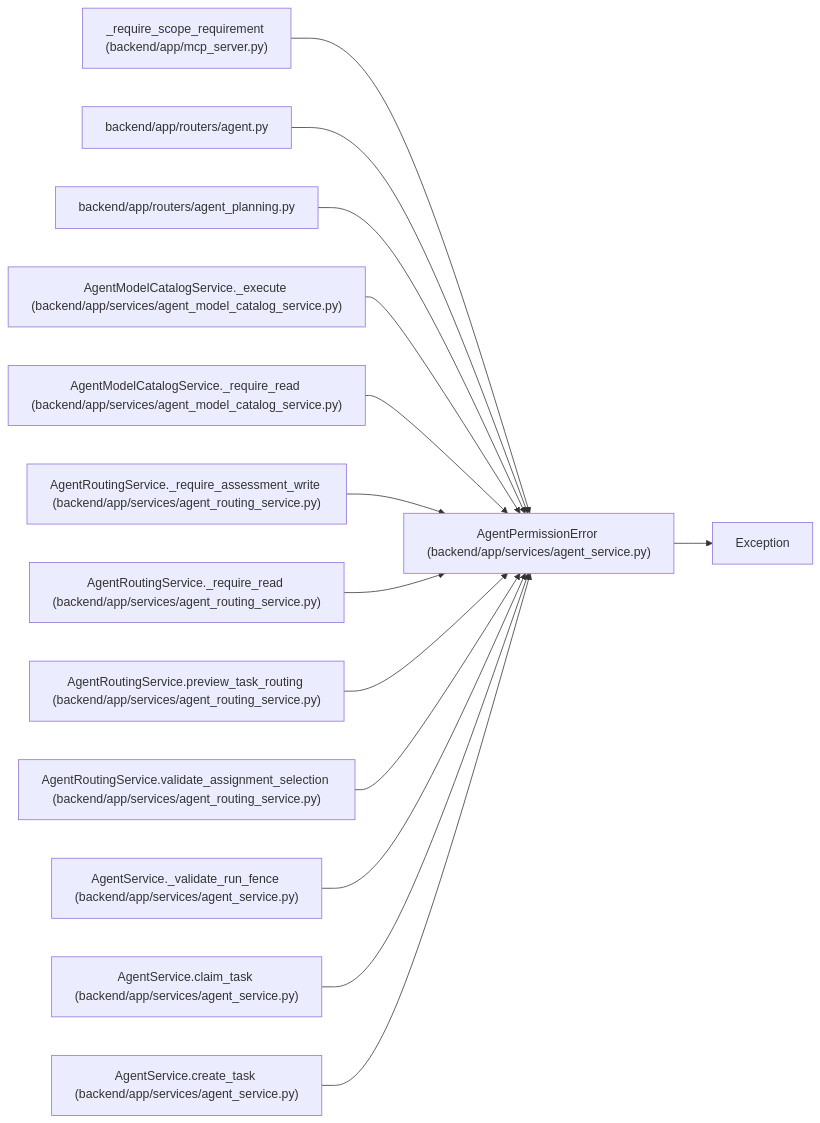
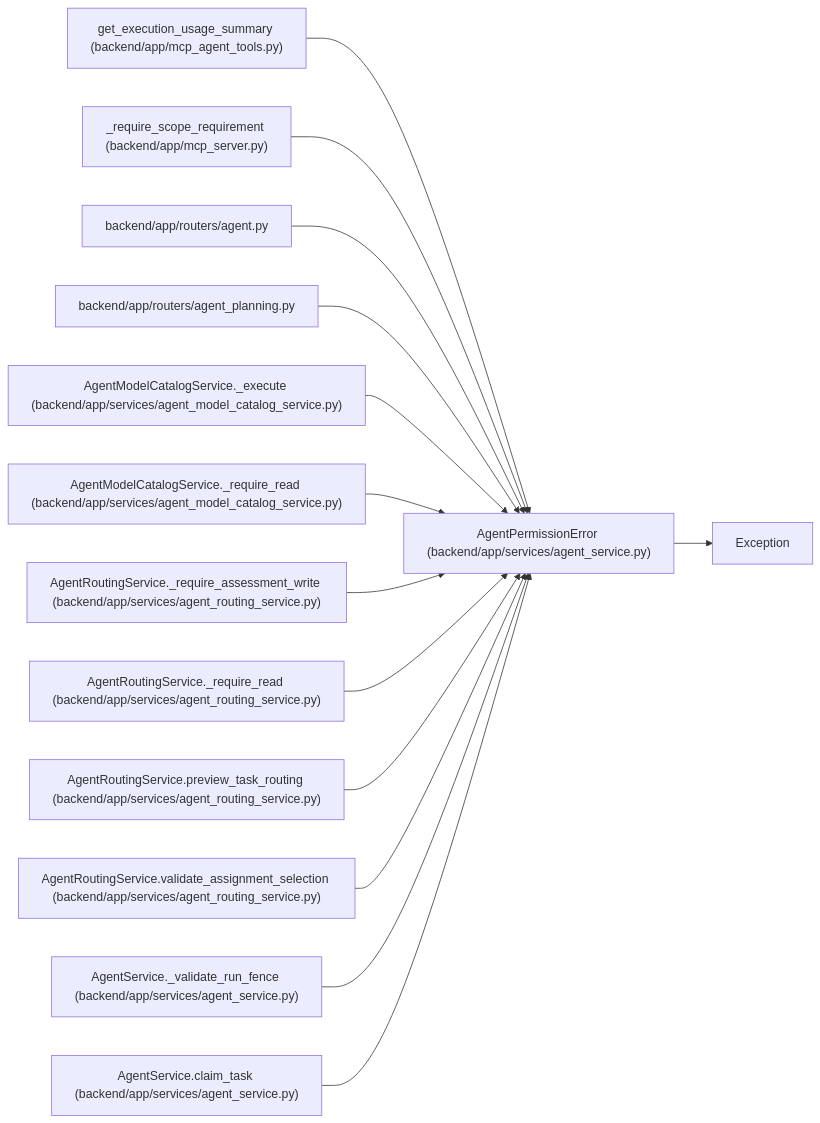
One commit to Denissvgn/WorkChord changed the diagram in docs/llm_wiki/entities/AgentPermissionError.md. Above: the diagram before and after it, drawn with Mermaid. The commit also changed other lines of this file and 6624 other files, not shown here.

First line of the commit message:
Add verified Android workflows and external-agent execution evidence (#8)

````diff
--- a/docs/llm_wiki/entities/AgentPermissionError.md
+++ b/docs/llm_wiki/entities/AgentPermissionError.md
@@ -23,43 +23,43 @@
 ```mermaid
 flowchart LR
     n0["AgentPermissionError (backend/app/services/agent_service.py)"]
     n1["Exception"]
-    n2["_require_scope_requirement (backend/app/mcp_server.py)"]
-    n3["backend/app/routers/agent.py"]
-    n4["backend/app/routers/agent_planning.py"]
-    n5["AgentModelCatalogService._execute (backend/app/services/agent_model_catalog_service.py)"]
-    n6["AgentModelCatalogService._require_read (backend/app/services/agent_model_catalog_service.py)"]
-    n7["AgentRoutingService._require_assessment_write (backend/app/services/agent_routing_service.py)"]
-    n8["AgentRoutingService._require_read (backend/app/services/agent_routing_service.py)"]
-    n9["AgentRoutingService.preview_task_routing (backend/app/services/agent_routing_service.py)"]
-    n10["AgentRoutingService.validate_assignment_selection (backend/app/services/agent_routing_service.py)"]
-    n11["AgentService._validate_run_fence (backend/app/services/agent_service.py)"]
-    n12["AgentService.claim_task (backend/app/services/agent_service.py)"]
-    n13["AgentService.create_task (backend/app/services/agent_service.py)"]
+    n2["get_execution_usage_summary (backend/app/mcp_agent_tools.py)"]
+    n3["_require_scope_requirement (backend/app/mcp_server.py)"]
+    n4["backend/app/routers/agent.py"]
+    n5["backend/app/routers/agent_planning.py"]
+    n6["AgentModelCatalogService._execute (backend/app/services/agent_model_catalog_service.py)"]
+    n7["AgentModelCatalogService._require_read (backend/app/services/agent_model_catalog_service.py)"]
+    n8["AgentRoutingService._require_assessment_write (backend/app/services/agent_routing_service.py)"]
+    n9["AgentRoutingService._require_read (backend/app/services/agent_routing_service.py)"]
+    n10["AgentRoutingService.preview_task_routing (backend/app/services/agent_routing_service.py)"]
+    n11["AgentRoutingService.validate_assignment_selection (backend/app/services/agent_routing_service.py)"]
+    n12["AgentService._validate_run_fence (backend/app/services/agent_service.py)"]
+    n13["AgentService.claim_task (backend/app/services/agent_service.py)"]
     n0 --> n1
     n2 --> n0
     n3 --> n0
     n4 --> n0
     n5 --> n0
     n6 --> n0
     n7 --> n0
     n8 --> n0
     n9 --> n0
     n10 --> n0
     n11 --> n0
     n12 --> n0
     n13 --> n0
     click n0 "../modules/agent_service.md"
-    click n2 "../modules/mcp_server.md"
-    click n3 "../modules/routers_agent.md"
-    click n4 "../modules/routers_agent_planning.md"
-    click n5 "../modules/agent_model_catalog_service.md"
+    click n2 "../modules/mcp_agent_tools.md"
+    click n3 "../modules/mcp_server.md"
+    click n4 "../modules/routers_agent.md"
+    click n5 "../modules/routers_agent_planning.md"
     click n6 "../modules/agent_model_catalog_service.md"
-    click n7 "../modules/agent_routing_service.md"
+    click n7 "../modules/agent_model_catalog_service.md"
     click n8 "../modules/agent_routing_service.md"
     click n9 "../modules/agent_routing_service.md"
     click n10 "../modules/agent_routing_service.md"
-    click n11 "../modules/agent_service.md"
+    click n11 "../modules/agent_routing_service.md"
     click n12 "../modules/agent_service.md"
     click n13 "../modules/agent_service.md"
 ```
````
